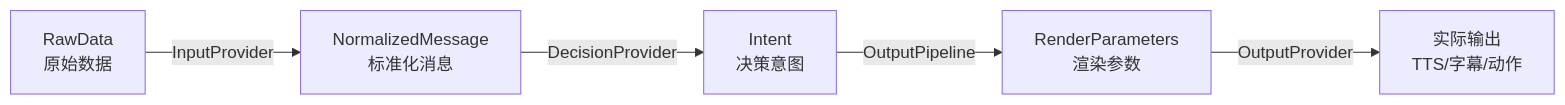
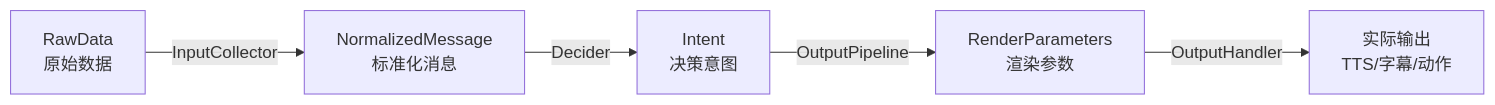
One commit to Mai-with-u/Amaidesu changed the second of 3 diagrams in docs/architecture/overview.md. Above: the diagram before and after it, drawn with Mermaid. The commit also changed other lines of this file and 169 other files, not shown here.

First line of the commit message:
重构: 移除 Provider 抽象层，改名为 Collector/Decider/Handler

````diff
--- a/docs/architecture/overview.md
+++ b/docs/architecture/overview.md
@@ -70,7 +70,7 @@
 ```mermaid
 flowchart LR
-    RD[RawData<br/>原始数据] -->|InputProvider| NM[NormalizedMessage<br/>标准化消息]
-    NM -->|DecisionProvider| I[Intent<br/>决策意图]
+    RD[RawData<br/>原始数据] -->|InputCollector| NM[NormalizedMessage<br/>标准化消息]
+    NM -->|Decider| I[Intent<br/>决策意图]
     I -->|OutputPipeline| RP[RenderParameters<br/>渲染参数]
-    RP -->|OutputProvider| AO[实际输出<br/>TTS/字幕/动作]
+    RP -->|OutputHandler| AO[实际输出<br/>TTS/字幕/动作]
 ```
````
